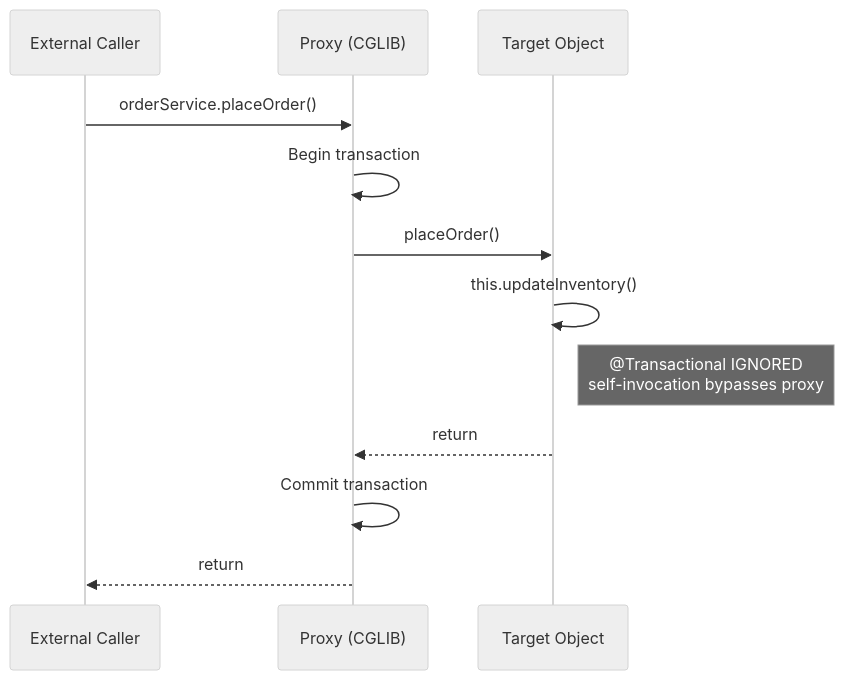
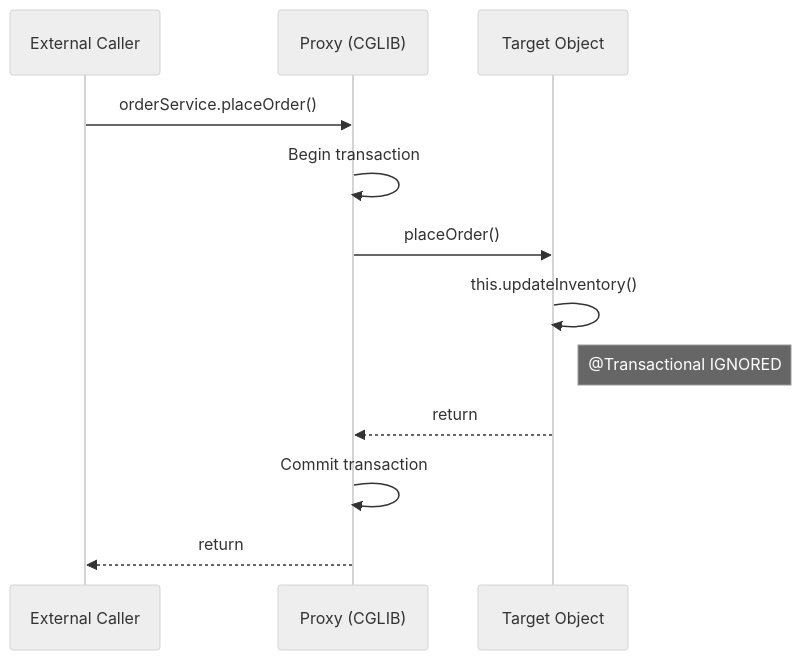
Before and after one commit to shivakrishnak/sk-bytes: diagram 13 of 26 in learn/spring/Spring - Internals and Design.md, drawn with Mermaid (neutral theme). The commit also changed other lines of this file, not shown here.

````diff
--- a/learn/spring/Spring - Internals and Design.md
+++ b/learn/spring/Spring - Internals and Design.md
@@ -2895,14 +2932,14 @@
 ```mermaid
 sequenceDiagram
     participant C as External Caller
     participant P as Proxy (CGLIB)
     participant T as Target Object
     C->>P: orderService.placeOrder()
     P->>P: Begin transaction
     P->>T: placeOrder()
     T->>T: this.updateInventory()
-    Note right of T: @Transactional IGNORED<br/>self-invocation bypasses proxy
+    Note right of T: @Transactional IGNORED
     T-->>P: return
     P->>P: Commit transaction
     P-->>C: return
 ```
````
